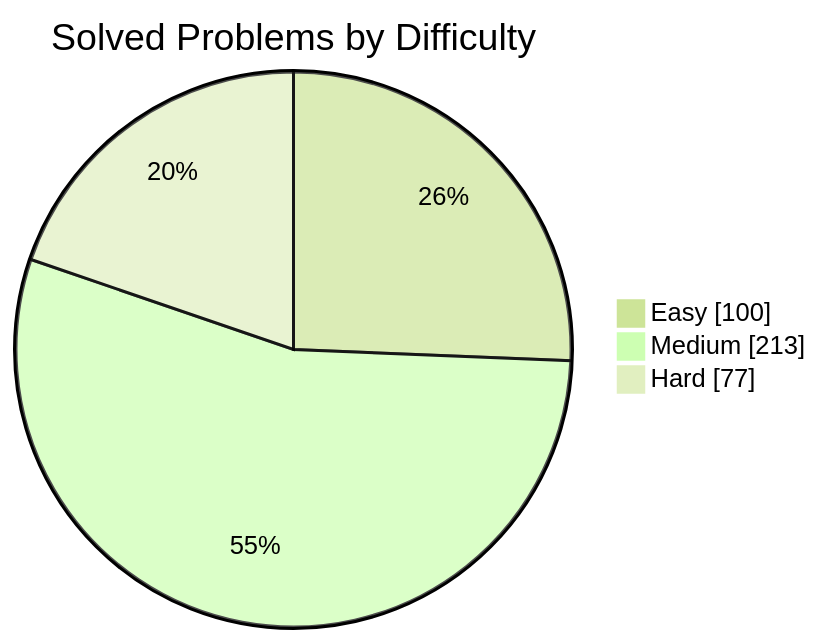
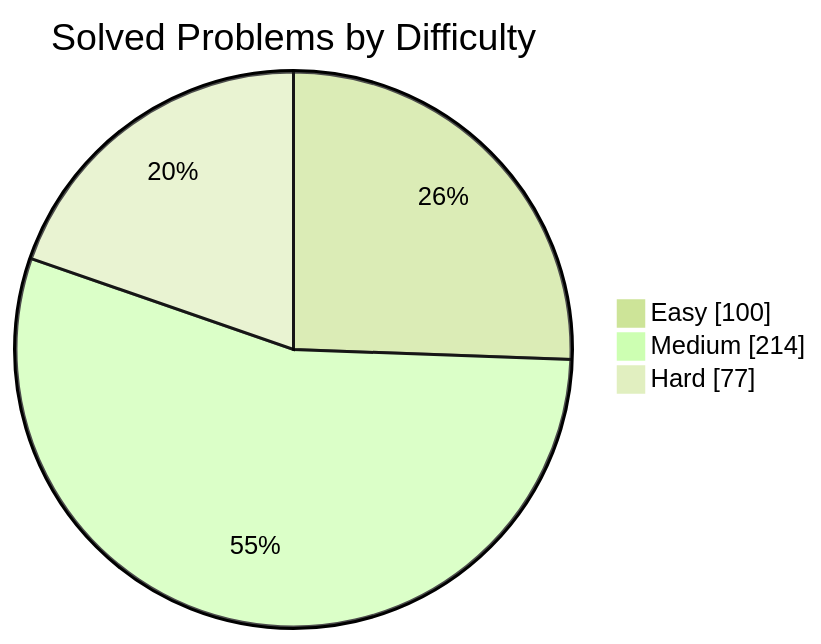
The first of 2 diagrams in README.md (manikantbindass/DSA-Preparation-FAANG), drawn with Mermaid (forest theme) before and after one commit. The commit also changed other lines of this file and 1 other file, not shown here.

````diff
--- a/README.md
+++ b/README.md
@@ -77,7 +77,7 @@
 ```mermaid
 pie showData
     title Solved Problems by Difficulty
     "Easy" : 100
-    "Medium" : 213
+    "Medium" : 214
     "Hard" : 77
 ```
````
